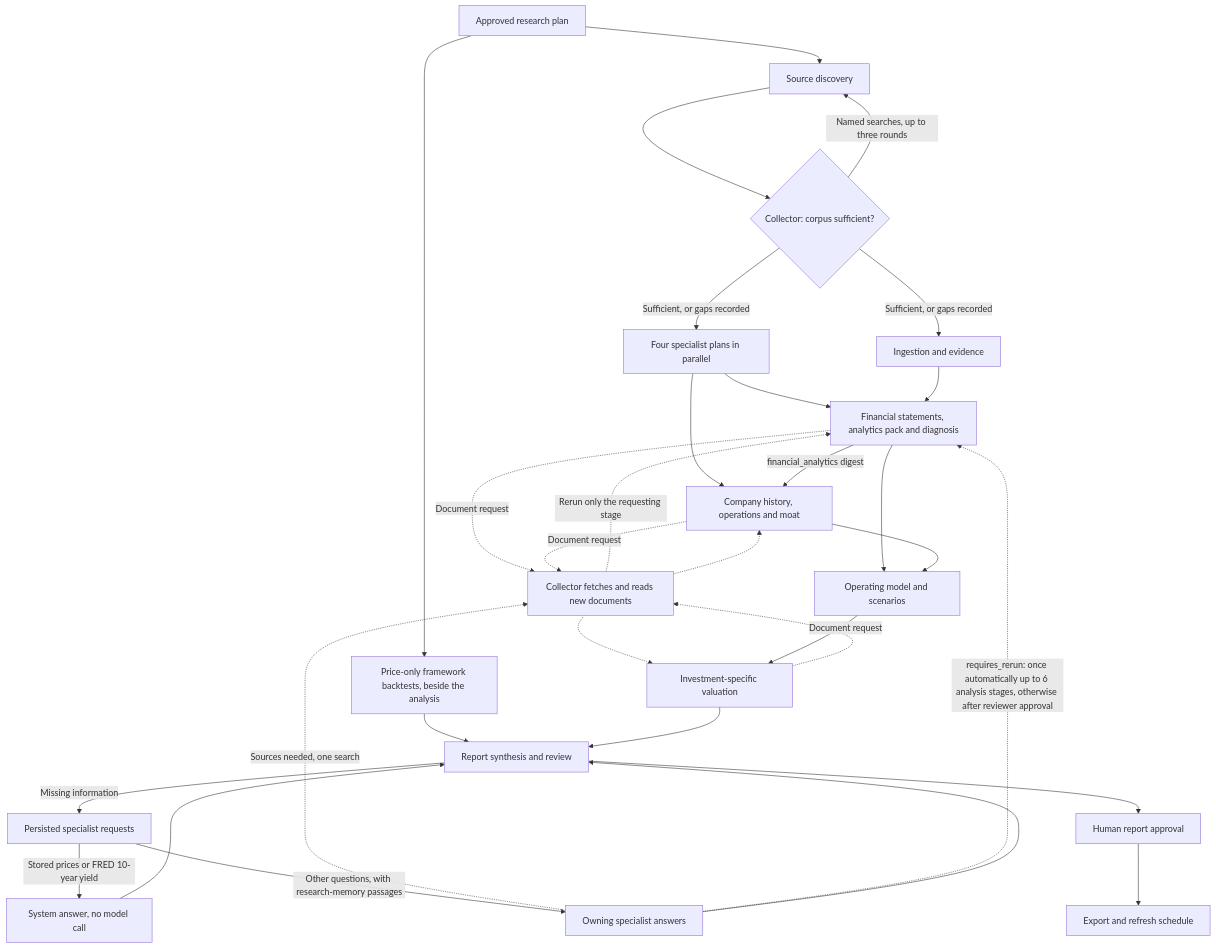
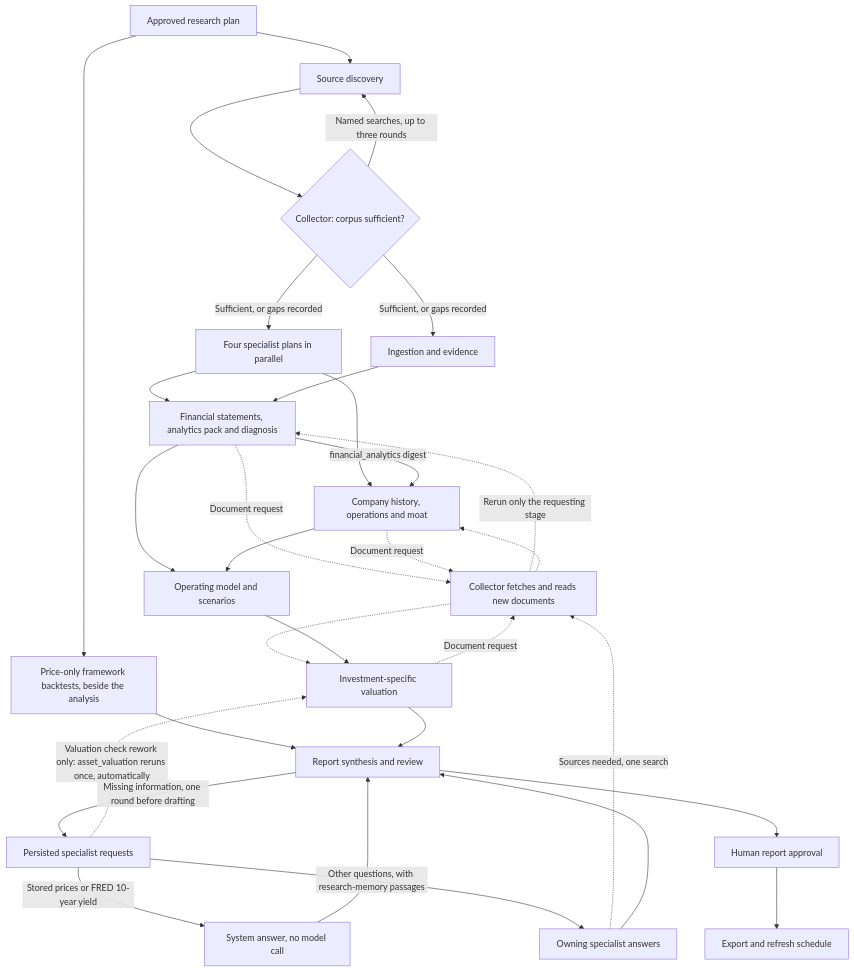
The diagram in docs/system.md (ToRRIIDeR97/Investing-Research-Pipeline), drawn with Mermaid before and after one commit. The commit also changed other lines of this file and 18 other files, not shown here.

````diff
--- a/docs/system.md
+++ b/docs/system.md
@@ -85,33 +85,33 @@
 ```mermaid
 flowchart TD
   Plan[Approved research plan] --> Discovery[Source discovery]
   Plan --> Backtests[Price-only framework backtests, beside the analysis]
   Backtests --> Report
   Discovery --> Review{Collector: corpus sufficient?}
   Review -->|Named searches, up to three rounds| Discovery
   Review -->|Sufficient, or gaps recorded| Briefs[Four specialist plans in parallel]
   Review -->|Sufficient, or gaps recorded| Data[Ingestion and evidence]
   Briefs --> Financials
   Briefs --> Business
   Data --> Financials[Financial statements, analytics pack and diagnosis]
   Financials -->|financial_analytics digest| Business[Company history, operations and moat]
   Financials -.->|Document request| Collector[Collector fetches and reads new documents]
   Business -.->|Document request| Collector
   Valuation -.->|Document request| Collector
   Collector -.->|Rerun only the requesting stage| Financials
   Collector -.-> Business
   Collector -.-> Valuation
   Financials --> Scenarios[Operating model and scenarios]
   Business --> Scenarios
   Scenarios --> Valuation[Investment-specific valuation]
   Valuation --> Report[Report synthesis and review]
-  Report -->|Missing information| Requests[Persisted specialist requests]
+  Report -->|Missing information, one round before drafting| Requests[Persisted specialist requests]
   Requests -->|Stored prices or FRED 10-year yield| SystemAnswer[System answer, no model call]
   Requests -->|Other questions, with research-memory passages| Owner[Owning specialist answers]
   Owner -.->|Sources needed, one search| Collector
-  Owner -.->|requires_rerun: once automatically up to 6 analysis stages, otherwise after reviewer approval| Financials
+  Requests -.->|Valuation check rework only: asset_valuation reruns once, automatically| Valuation
   SystemAnswer --> Report
   Owner --> Report
   Report --> Human[Human report approval]
   Human --> Export[Export and refresh schedule]
 ```
````
